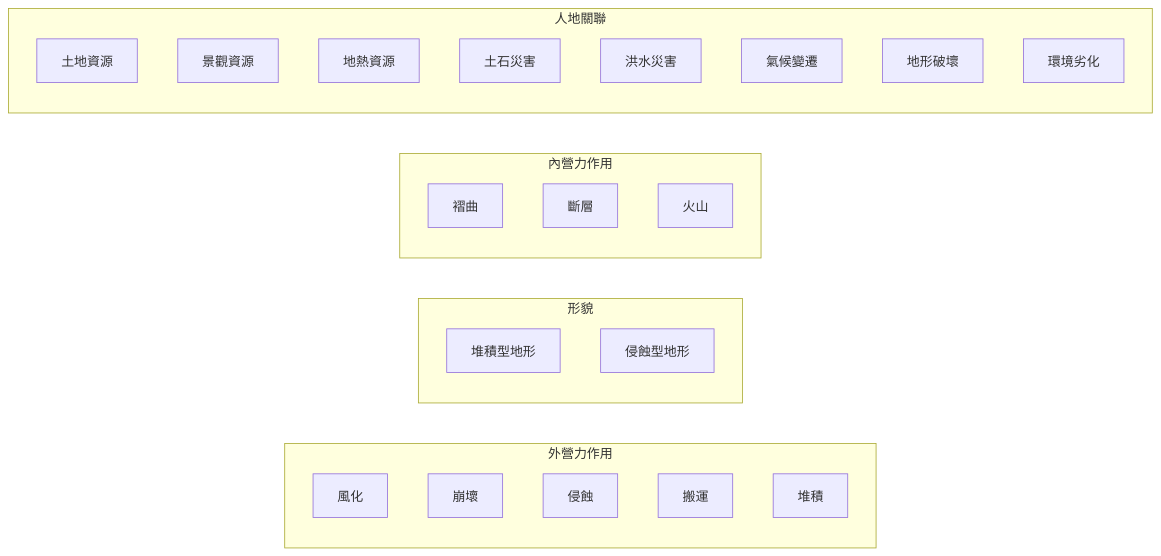
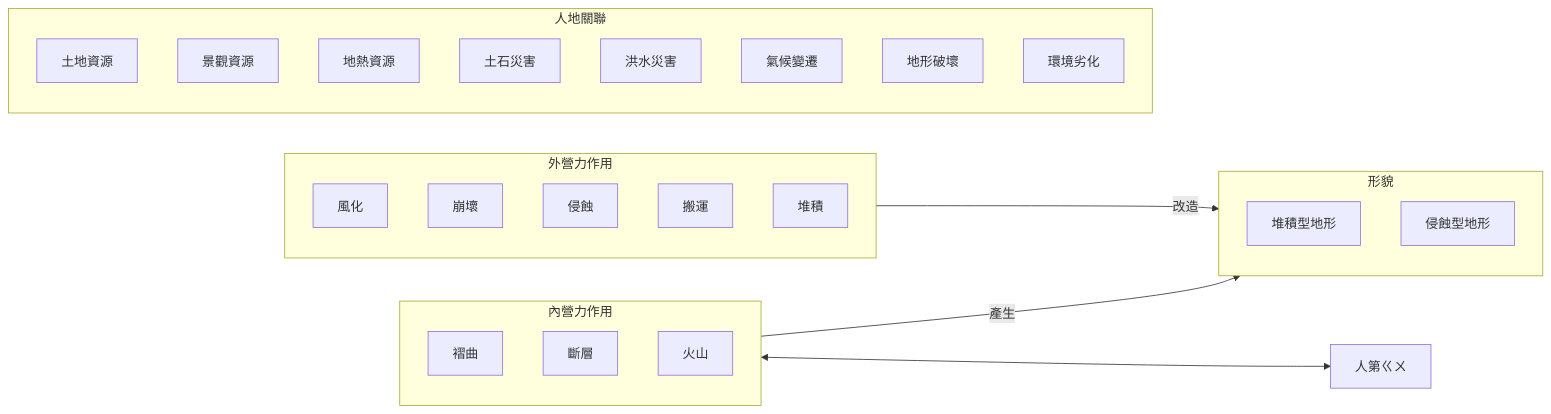
The diagram in Zettelkasten/地形系統.md (Ethane1755/Obsidian), drawn with Mermaid before and after one commit.

Commit message:
Obsidian Backup 2021-09-20 18:16

````diff
--- a/Zettelkasten/地形系統.md
+++ b/Zettelkasten/地形系統.md
@@ -3,30 +3,32 @@
 ```mermaid
-graph LR
+flowchart LR
 subgraph 外營力作用
 風化
 崩壞
 侵蝕
 搬運
 堆積
 end
 subgraph 形貌
 堆積型地形
 侵蝕型地形
 end
 subgraph 內營力作用
 褶曲
 斷層
 火山
 end
 subgraph 人地關聯
 土地資源
 景觀資源
 地熱資源
 土石災害
 洪水災害
 氣候變遷
 地形破壞
 環境劣化
 end
-
+內營力作用-->|產生|形貌
+外營力作用-->|改造|形貌
+內營力作用<-->人第ㄍㄨ
 ```
````
